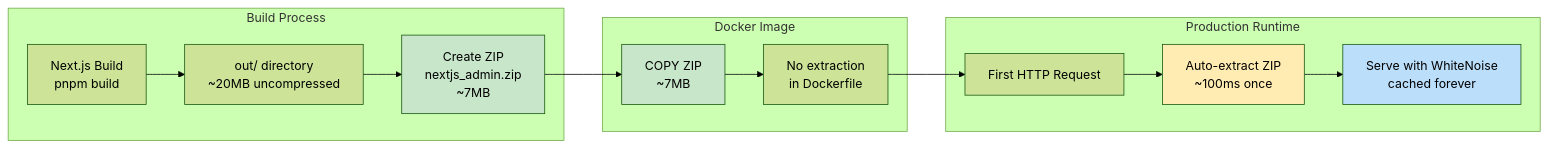
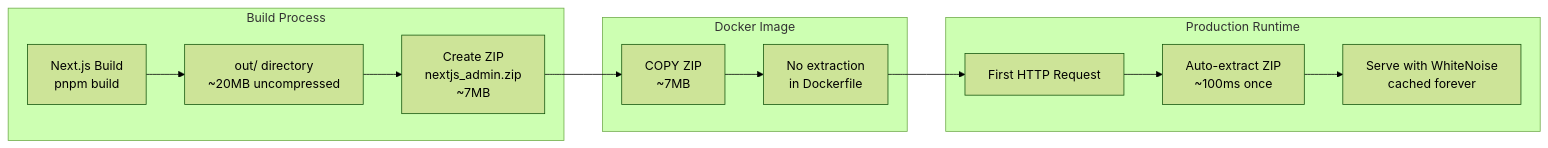
One commit to markolofsen/django-cfg changed the seventh of 10 diagrams in docs/features/integrations/nextjs-admin/concepts.md. Above: the diagram before and after it, drawn with Mermaid (forest theme). The commit also changed other lines of this file and 12 other files, not shown here.

````diff
--- a/docs/features/integrations/nextjs-admin/concepts.md
+++ b/docs/features/integrations/nextjs-admin/concepts.md
@@ -310,32 +279,27 @@
 ```mermaid
 graph LR
     subgraph "Build Process"
         A[Next.js Build<br/>pnpm build]
         B[out/ directory<br/>~20MB uncompressed]
         C[Create ZIP<br/>nextjs_admin.zip<br/>~7MB]
     end
 
     subgraph "Docker Image"
         D[COPY ZIP<br/>~7MB]
         E[No extraction<br/>in Dockerfile]
     end
 
     subgraph "Production Runtime"
         F[First HTTP Request]
         G[Auto-extract ZIP<br/>~100ms once]
         H[Serve with WhiteNoise<br/>cached forever]
     end
 
     A --> B
     B --> C
     C --> D
     D --> E
     E --> F
     F --> G
     G --> H
-
-    style C fill:#c8e6c9
-    style D fill:#c8e6c9
-    style G fill:#ffecb3
-    style H fill:#bbdefb
 ```
````
